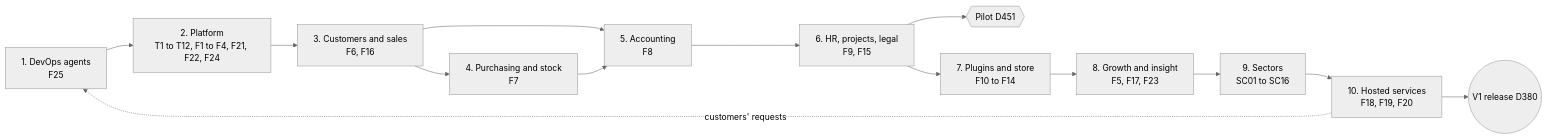
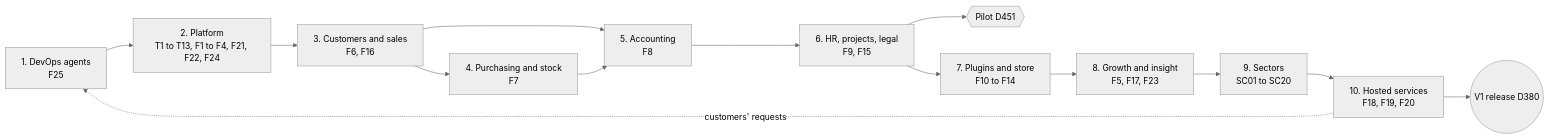
Before and after one commit to gpbcom/SimpleERP: the diagram in docs/specs/00-vision/roadmap/roadmap.md, drawn with Mermaid (neutral theme). The commit also changed other lines of this file and 8816 other files, not shown here.

````diff
--- a/docs/specs/00-vision/roadmap/roadmap.md
+++ b/docs/specs/00-vision/roadmap/roadmap.md
@@ -230,16 +235,16 @@
 ```mermaid
 flowchart LR
-  S1[1. DevOps agents<br/>F25] --> S2[2. Platform<br/>T1 to T12, F1 to F4, F21, F22, F24]
+  S1[1. DevOps agents<br/>F25] --> S2[2. Platform<br/>T1 to T13, F1 to F4, F21, F22, F24]
   S2 --> S3[3. Customers and sales<br/>F6, F16]
   S3 --> S4[4. Purchasing and stock<br/>F7]
   S3 --> S5[5. Accounting<br/>F8]
   S4 --> S5
   S5 --> S6[6. HR, projects, legal<br/>F9, F15]
   S6 --> P{{Pilot D451}}
   S6 --> S7[7. Plugins and store<br/>F10 to F14]
   S7 --> S8[8. Growth and insight<br/>F5, F17, F23]
-  S8 --> S9[9. Sectors<br/>SC01 to SC16]
+  S8 --> S9[9. Sectors<br/>SC01 to SC20]
   S9 --> S10[10. Hosted services<br/>F18, F19, F20]
   S10 --> R((V1 release D380))
   S10 -. customers' requests .-> S1
 ```
````
